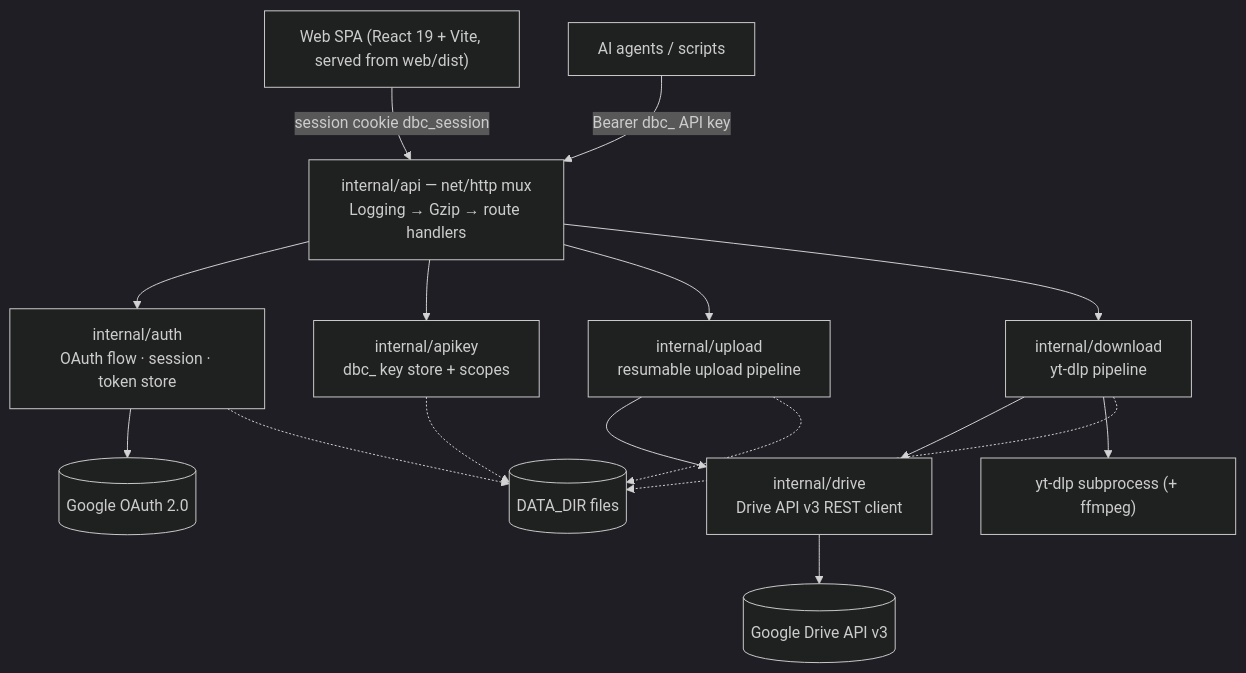
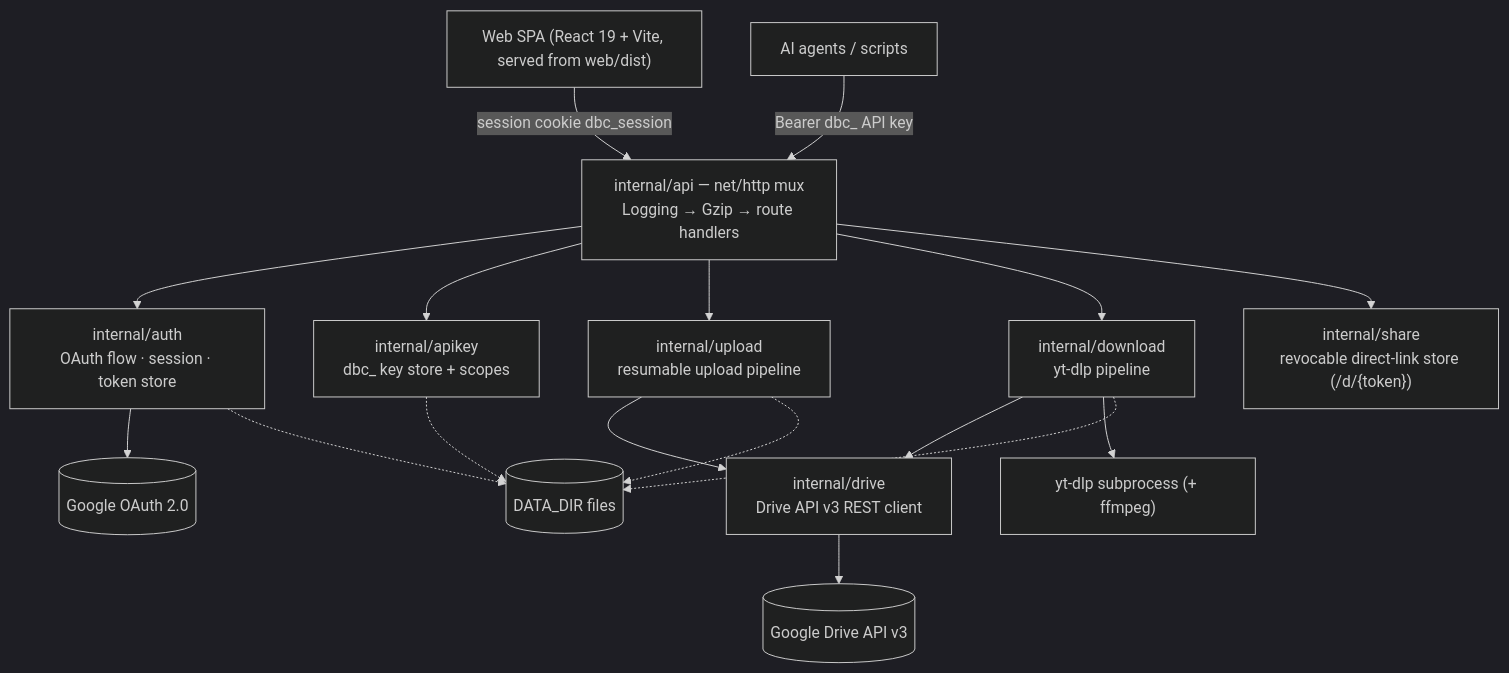
One commit to XD06/google-drive-console changed the diagram in ARCHITECTURE.md. Above: the diagram before and after it, drawn with Mermaid (dark theme). The commit also changed other lines of this file and 5 other files, not shown here.

First line of the commit message:
docs: sync docs with download control and direct-link features

````diff
--- a/ARCHITECTURE.md
+++ b/ARCHITECTURE.md
@@ -9,21 +9,22 @@
 ```mermaid
 graph TD
     SPA["Web SPA (React 19 + Vite, served from web/dist)"] -->|"session cookie dbc_session"| API
     AGENT["AI agents / scripts"] -->|"Bearer dbc_ API key"| API
 
     API["internal/api — net/http mux<br/>Logging → Gzip → route handlers"] --> AUTH["internal/auth<br/>OAuth flow · session · token store"]
     API --> AK["internal/apikey<br/>dbc_ key store + scopes"]
     API --> UP["internal/upload<br/>resumable upload pipeline"]
     API --> DL["internal/download<br/>yt-dlp pipeline"]
+    API --> SH["internal/share<br/>revocable direct-link store (/d/{token})"]
 
     UP --> DRIVE["internal/drive<br/>Drive API v3 REST client"]
     DL --> DRIVE
     DL --> YTDLP["yt-dlp subprocess (+ ffmpeg)"]
     AUTH --> GAUTH[("Google OAuth 2.0")]
     DRIVE --> GAPI[("Google Drive API v3")]
 
     AUTH -.-> DISK[("DATA_DIR files")]
     AK -.-> DISK
     UP -.-> DISK
     DL -.-> DISK
 ```
````
